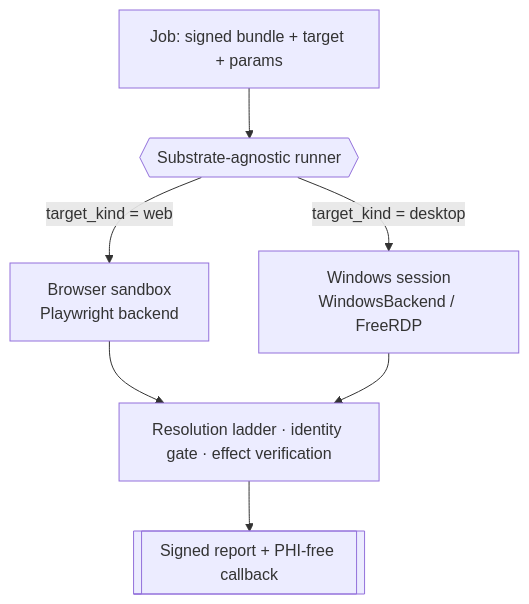
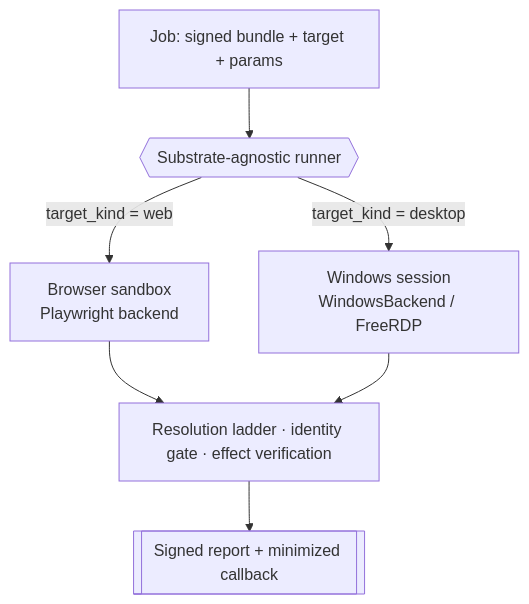
Before and after one commit to OpenAdaptAI/openadapt-ops: the diagram in docs/concepts/substrate-model.md, drawn with Mermaid. The commit also changed other lines of this file and 21 other files, not shown here.

````diff
--- a/docs/concepts/substrate-model.md
+++ b/docs/concepts/substrate-model.md
@@ -44,9 +44,9 @@
 ```mermaid
 flowchart TD
     J[Job: signed bundle + target + params] --> R{{Substrate-agnostic runner}}
     R -->|target_kind = web| W[Browser sandbox<br/>Playwright backend]
     R -->|target_kind = desktop| D[Windows session<br/>WindowsBackend / FreeRDP]
     W --> L[Resolution ladder · identity gate · effect verification]
     D --> L
-    L --> C[[Signed report + PHI-free callback]]
+    L --> C[[Signed report + minimized callback]]
 ```
````
